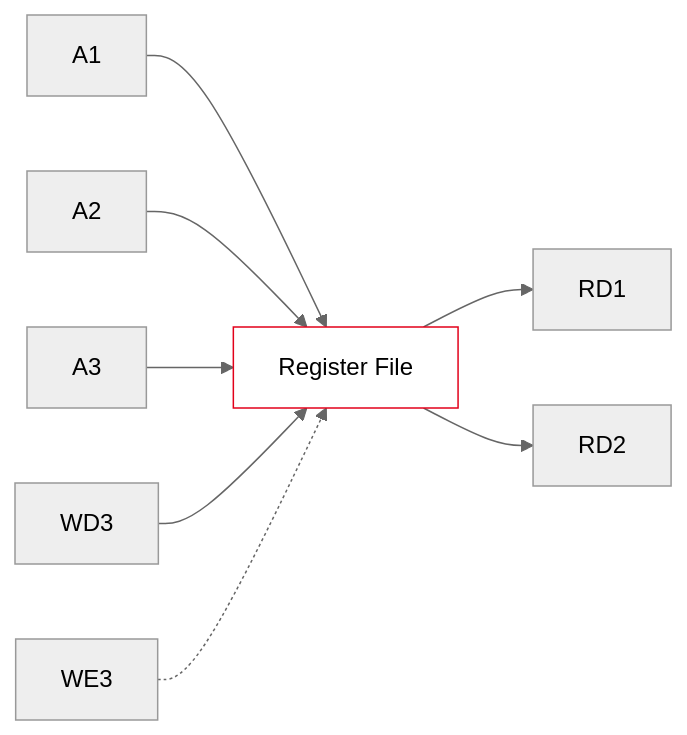
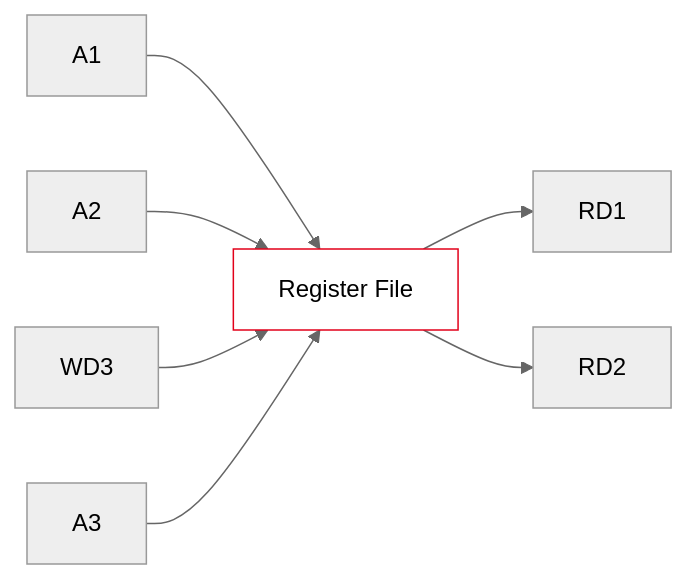
Diagram 34 of 38 in vorlesungen/01_kickoff.qmd (dantschi/mct1), drawn with Mermaid (neutral theme) before and after one commit. The commit also changed other lines of this file and 4 other files, not shown here.

First line of the commit message:
Verbessere Folien-Design: Typografie, Mermaid und Overflow.

````diff
--- a/vorlesungen/01_kickoff.qmd
+++ b/vorlesungen/01_kickoff.qmd
@@ -1405,11 +1395,10 @@
 ```{mermaid}
 graph LR
   A1[A1] --> RF[Register File]
   A2[A2] --> RF
-  A3[A3] --> RF
-  WD3[WD3] --> RF
-  WE3[WE3] -.-> RF
   RF --> RD1[RD1]
   RF --> RD2[RD2]
+  WD3[WD3] --> RF
+  A3[A3] --> RF
   style RF fill:#FFFFFF,stroke:#E2001A,stroke-width:2px !important
 ```
````
